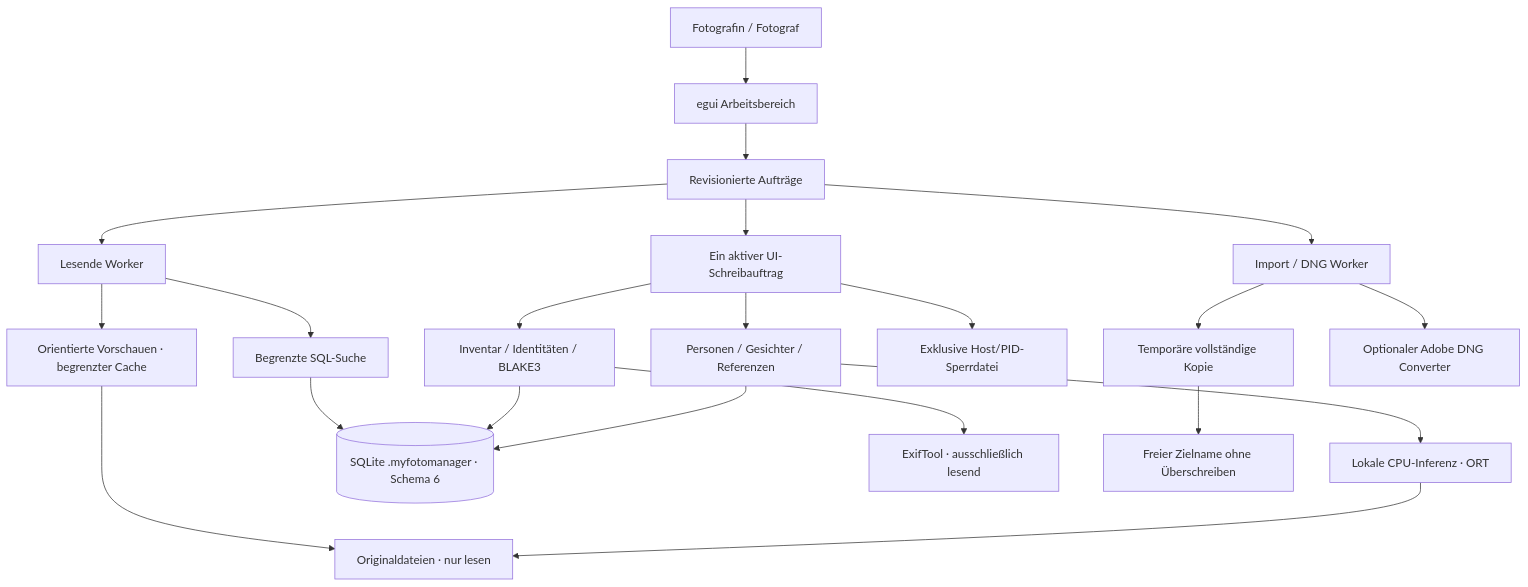
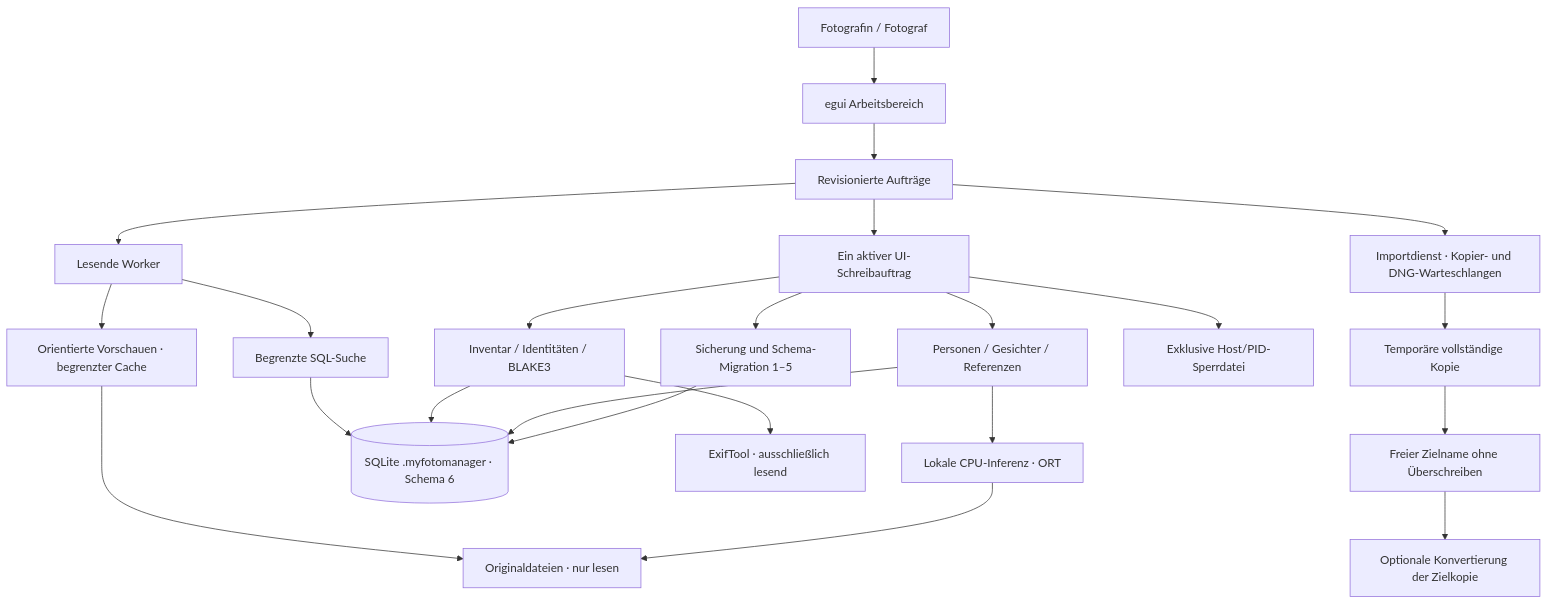
The first of 2 diagrams in docs/architektur.md (hggerdd/foto-importer), drawn with Mermaid before and after one commit. The commit also changed other lines of this file and 40 other files, not shown here.

````diff
--- a/docs/architektur.md
+++ b/docs/architektur.md
@@ -7,23 +7,25 @@
 ```mermaid
 flowchart TB
     User[Fotografin / Fotograf] --> UI[egui Arbeitsbereich]
     UI --> Commands[Revisionierte Aufträge]
     Commands --> Readers[Lesende Worker]
     Commands --> Writer[Ein aktiver UI-Schreibauftrag]
-    Commands --> Copy[Import / DNG Worker]
+    Commands --> Copy[Importdienst · Kopier- und DNG-Warteschlangen]
     Readers --> Query[Begrenzte SQL-Suche]
     Readers --> Preview[Orientierte Vorschauen · begrenzter Cache]
     Writer --> Index[Inventar / Identitäten / BLAKE3]
     Writer --> Faces[Personen / Gesichter / Referenzen]
+    Writer --> Migrations[Sicherung und Schema-Migration 1–5]
     Faces --> ONNX[Lokale CPU-Inferenz · ORT]
     Writer --> Lock[Exklusive Host/PID-Sperrdatei]
     Query --> DB[(SQLite .myfotomanager · Schema 6)]
     Index --> DB
     Faces --> DB
+    Migrations --> DB
     Index --> Exif[ExifTool · ausschließlich lesend]
     Copy --> Stage[Temporäre vollständige Kopie]
     Stage --> Target[Freier Zielname ohne Überschreiben]
-    Copy --> Adobe[Optionaler Adobe DNG Converter]
+    Target --> Adobe[Optionale Konvertierung der Zielkopie]
     Preview --> Originals[Originaldateien · nur lesen]
     ONNX --> Originals
 ```
````
